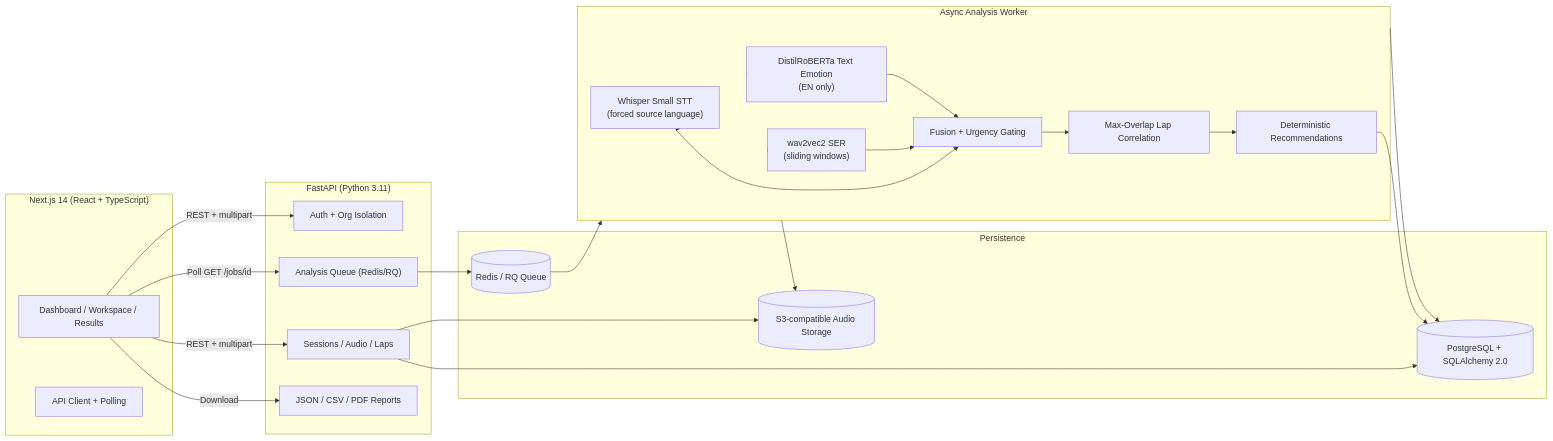
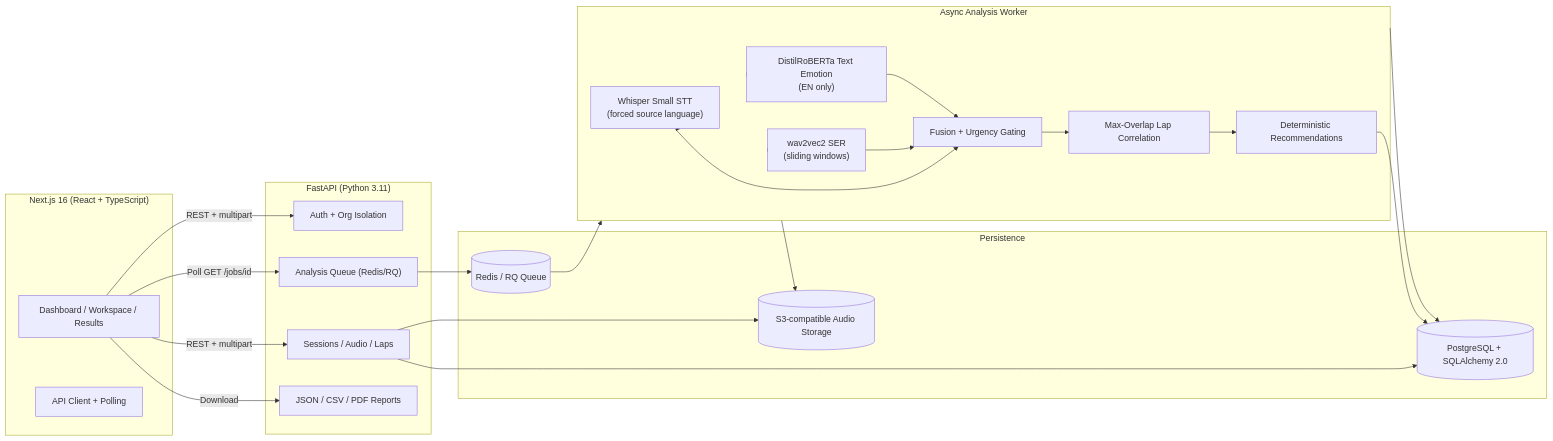
The diagram in README.md (ItzRandom23/Geek-Room), drawn with Mermaid before and after one commit. The commit also changed other lines of this file and 31 other files, not shown here.

````diff
--- a/README.md
+++ b/README.md
@@ -13,49 +13,49 @@
 ```mermaid
 flowchart LR
-  subgraph Frontend["Next.js 14 (React + TypeScript)"]
+  subgraph Frontend["Next.js 16 (React + TypeScript)"]
     UI["Dashboard / Workspace / Results"]
     API_CLIENT[API Client + Polling]
   end
 
   subgraph Backend["FastAPI (Python 3.11)"]
     AUTH[Auth + Org Isolation]
     SESSIONS["Sessions / Audio / Laps"]
     JOBS["Analysis Queue (Redis/RQ)"]
     EXPORTS["JSON / CSV / PDF Reports"]
   end
 
   subgraph Worker["Async Analysis Worker"]
     STT["Whisper Small STT<br/>(forced source language)"]
     SER["wav2vec2 SER<br/>(sliding windows)"]
     TEXT_EMO["DistilRoBERTa Text Emotion<br/>(EN only)"]
     FUSE[Fusion + Urgency Gating]
     CORRELATE[Max-Overlap Lap Correlation]
     RULES[Deterministic Recommendations]
   end
 
   subgraph Data["Persistence"]
     PG[(PostgreSQL + SQLAlchemy 2.0)]
     S3[("S3-compatible Audio Storage")]
     REDIS[("Redis / RQ Queue")]
   end
 
   UI -->|REST + multipart| AUTH
   UI -->|REST + multipart| SESSIONS
   UI -->|"Poll GET /jobs/id"| JOBS
   UI -->|Download| EXPORTS
   SESSIONS --> PG
   SESSIONS --> S3
   JOBS --> REDIS
   REDIS --> Worker
   Worker --> STT
   Worker --> SER
   Worker --> TEXT_EMO
   STT --> FUSE
   SER --> FUSE
   TEXT_EMO --> FUSE
   FUSE --> CORRELATE
   CORRELATE --> RULES
   RULES --> PG
   Worker --> PG
   Worker --> S3
 ```
````
